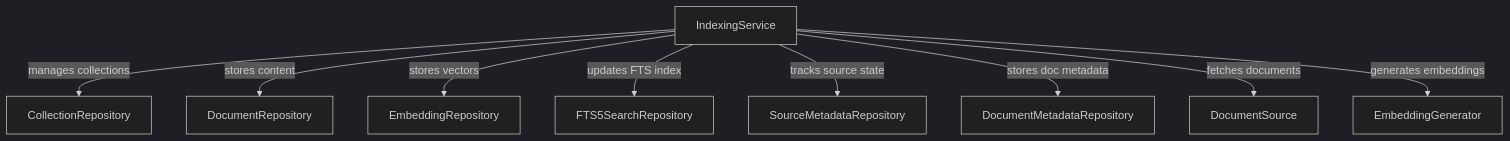
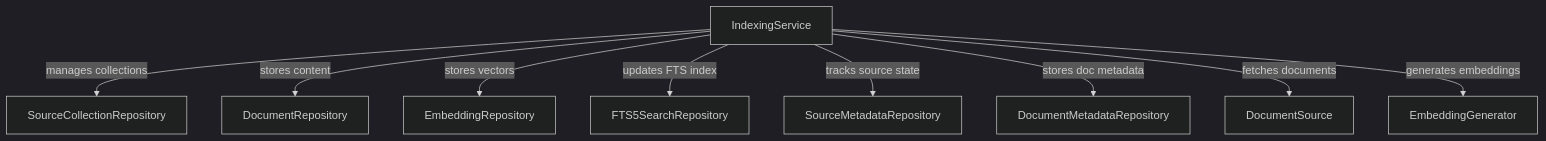
The first of 3 diagrams in src/pmd/services/README.md (mikewaters/mdindex), drawn with Mermaid (dark theme) before and after one commit. The commit also changed other lines of this file and 35 other files, not shown here.

````diff
--- a/src/pmd/services/README.md
+++ b/src/pmd/services/README.md
@@ -40,11 +40,11 @@
 ```mermaid
 graph TD
-    IndexingService -- manages collections --> CollectionRepository
+    IndexingService -- manages collections --> SourceCollectionRepository
     IndexingService -- stores content --> DocumentRepository
     IndexingService -- stores vectors --> EmbeddingRepository
     IndexingService -- updates FTS index --> FTS5SearchRepository
     IndexingService -- tracks source state --> SourceMetadataRepository
     IndexingService -- stores doc metadata --> DocumentMetadataRepository
     IndexingService -- fetches documents --> DocumentSource
     IndexingService -- generates embeddings --> EmbeddingGenerator
 ```
````
